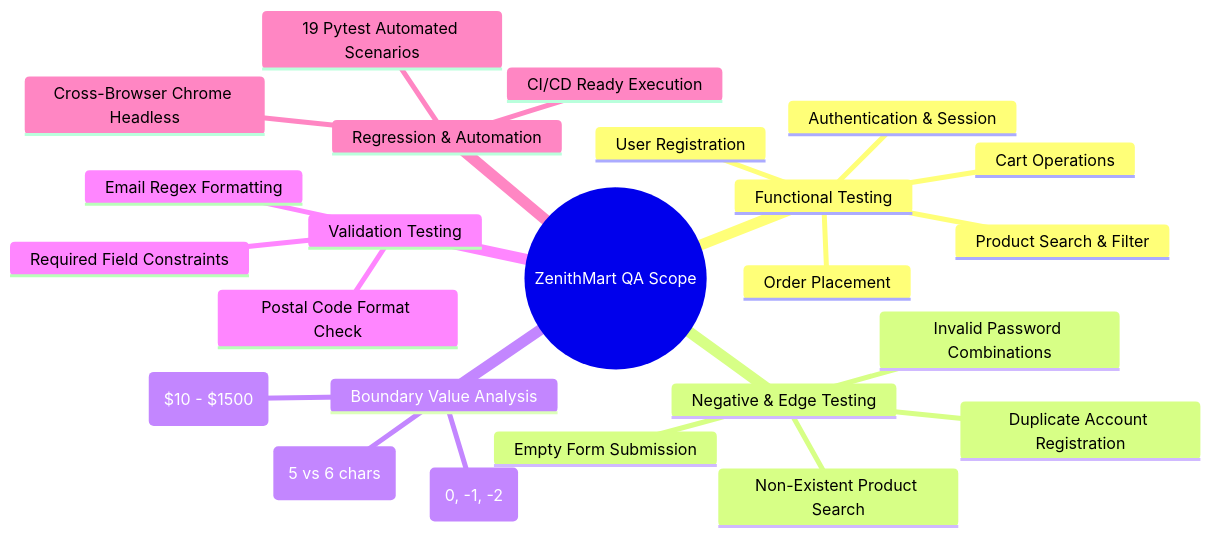
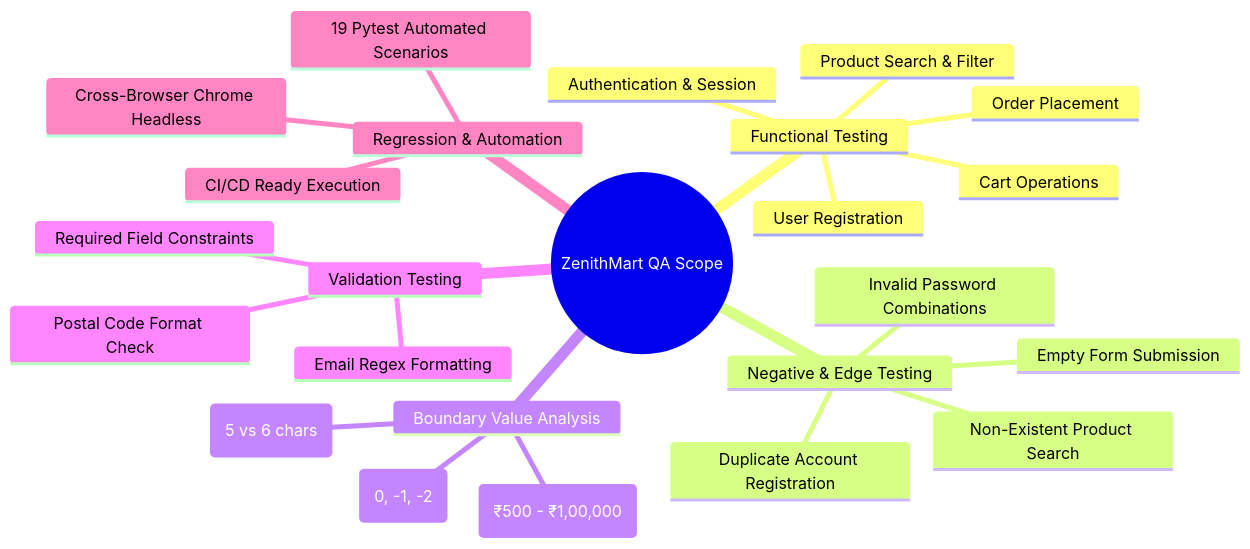
Before and after one commit to ushanandinisivakumar2006/E_Commerce_Website: the diagram in README.md, drawn with Mermaid. The commit also changed other lines of this file and 28 other files, not shown here.

````diff
--- a/README.md
+++ b/README.md
@@ -111,27 +111,27 @@
 ```mermaid
 mindmap
   root((ZenithMart QA Scope))
     Functional Testing
       User Registration
       Authentication & Session
       Product Search & Filter
       Cart Operations
       Order Placement
     Negative & Edge Testing
       Duplicate Account Registration
       Invalid Password Combinations
       Non-Existent Product Search
       Empty Form Submission
     Boundary Value Analysis
       Password Length Limit (5 vs 6 chars)
-      Price Slider Boundary ($10 - $1500)
+      Price Slider Boundary (₹500 - ₹1,00,000)
       Cart Quantity Boundary (0, -1, -2)
     Validation Testing
       Email Regex Formatting
       Postal Code Format Check
       Required Field Constraints
     Regression & Automation
       19 Pytest Automated Scenarios
       Cross-Browser Chrome Headless
       CI/CD Ready Execution
 ```
````
